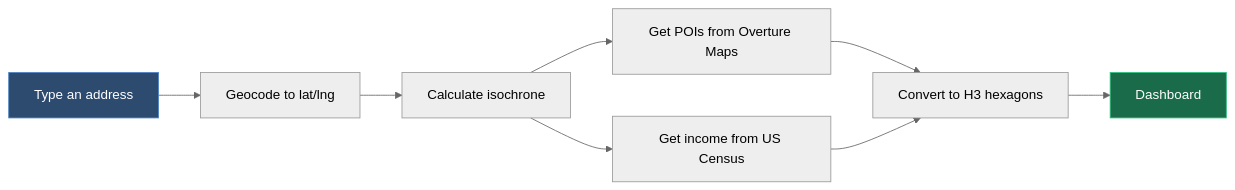
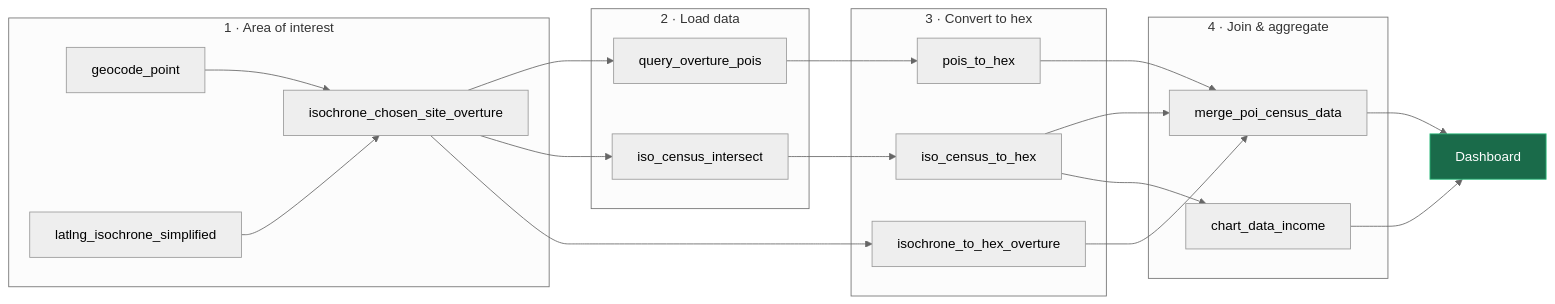
The diagram in docs/examples/poi-site-selection-dashboard.mdx (fusedio/fused-docs), drawn with Mermaid (neutral theme) before and after one commit. The commit also changed other lines of this file, not shown here.

First line of the commit message:
docs(poi-site-selection): sync page with the fixed canvas (#1212)

````diff
--- a/docs/examples/poi-site-selection-dashboard.mdx
+++ b/docs/examples/poi-site-selection-dashboard.mdx
@@ -24,13 +30,28 @@
 ```mermaid
 flowchart LR
-    A["Type an address"] --> B["Geocode to lat/lng"]
-    B --> C["Calculate isochrone"]
-    C --> D["Get POIs from Overture Maps"]
-    C --> E["Get income from US Census"]
-    D --> F["Convert to H3 hexagons"]
-    E --> F
-    F --> G["Dashboard"]
+    subgraph S1["1 · Area of interest"]
+        A["geocode_point"] --> C["isochrone_chosen_site_overture"]
+        B["latlng_isochrone_simplified"] --> C
+    end
+    subgraph S2["2 · Load data"]
+        D["query_overture_pois"]
+        E["iso_census_intersect"]
+    end
+    subgraph S3["3 · Convert to hex"]
+        F["isochrone_to_hex_overture"]
+        G["pois_to_hex"]
+        H["iso_census_to_hex"]
+    end
+    subgraph S4["4 · Join & aggregate"]
+        I["merge_poi_census_data"]
+        J["chart_data_income"]
+    end
+    C --> D --> G --> I
+    C --> E --> H --> I
+    C --> F --> I
+    H --> J
+    I --> K["Dashboard"]
+    J --> K
 
-    style A fill:#2d4a6f,stroke:#4a82c4,color:#fff
-    style G fill:#1a6b4a,stroke:#2dbf7e,color:#fff
+    style K fill:#1a6b4a,stroke:#2dbf7e,color:#fff
 ```
````
